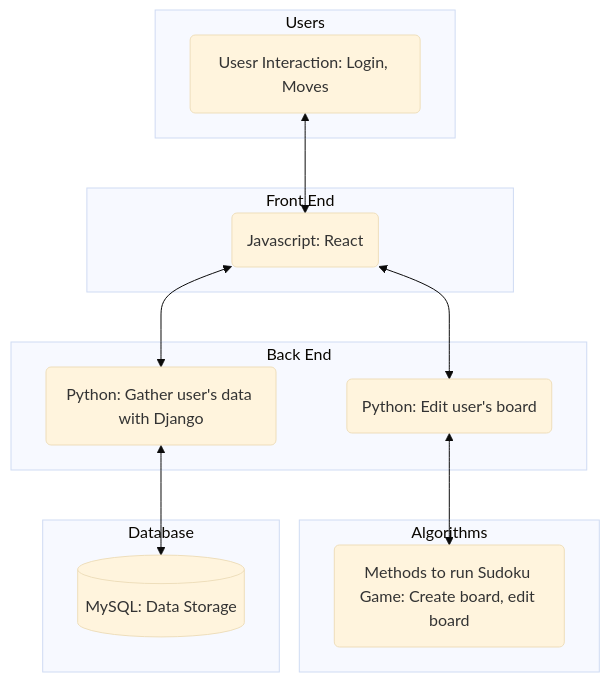
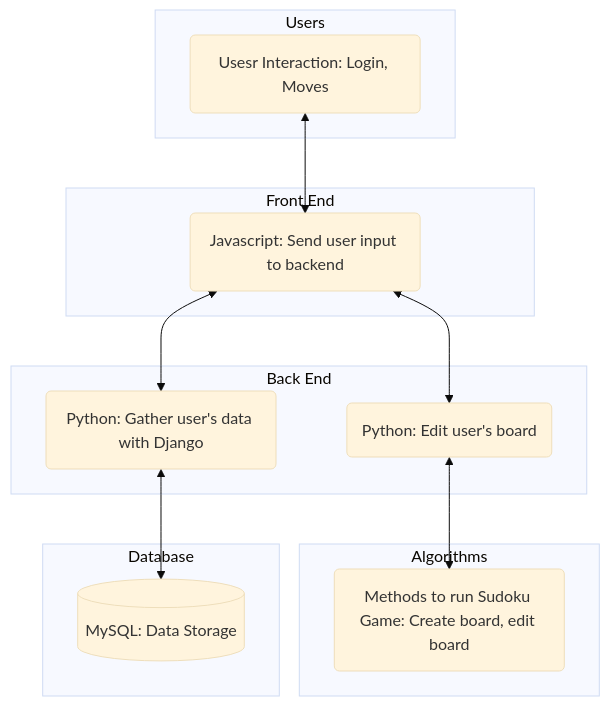
The diagram in documentation/System Architecture.md (ClearCrystals/LogicLuminaries), drawn with Mermaid (base theme) before and after one commit.

Commit message:
Update System Architecture.md

````diff
--- a/documentation/System Architecture.md
+++ b/documentation/System Architecture.md
@@ -3,29 +3,29 @@
 ```mermaid
 flowchart TD
 subgraph Users
     A(Usesr Interaction: Login, Moves)
 end
 
 subgraph Front End
-	B(Javascript: React)
+	B(Javascript: Send user input to backend)
 end
 	
 subgraph Back End
 	C(Python: Gather user's data with Django)
 	D(Python: Edit user's board)
 end
 
 subgraph Algorithms
     E(Methods to run Sudoku Game: Create board, edit board)
 end
 
 subgraph Database
 	F[(MySQL: Data Storage)]
 end
 
 A <--> B
 B <--> C
 B <--> D
 C <--> F
 D <--> E
 ```
````
